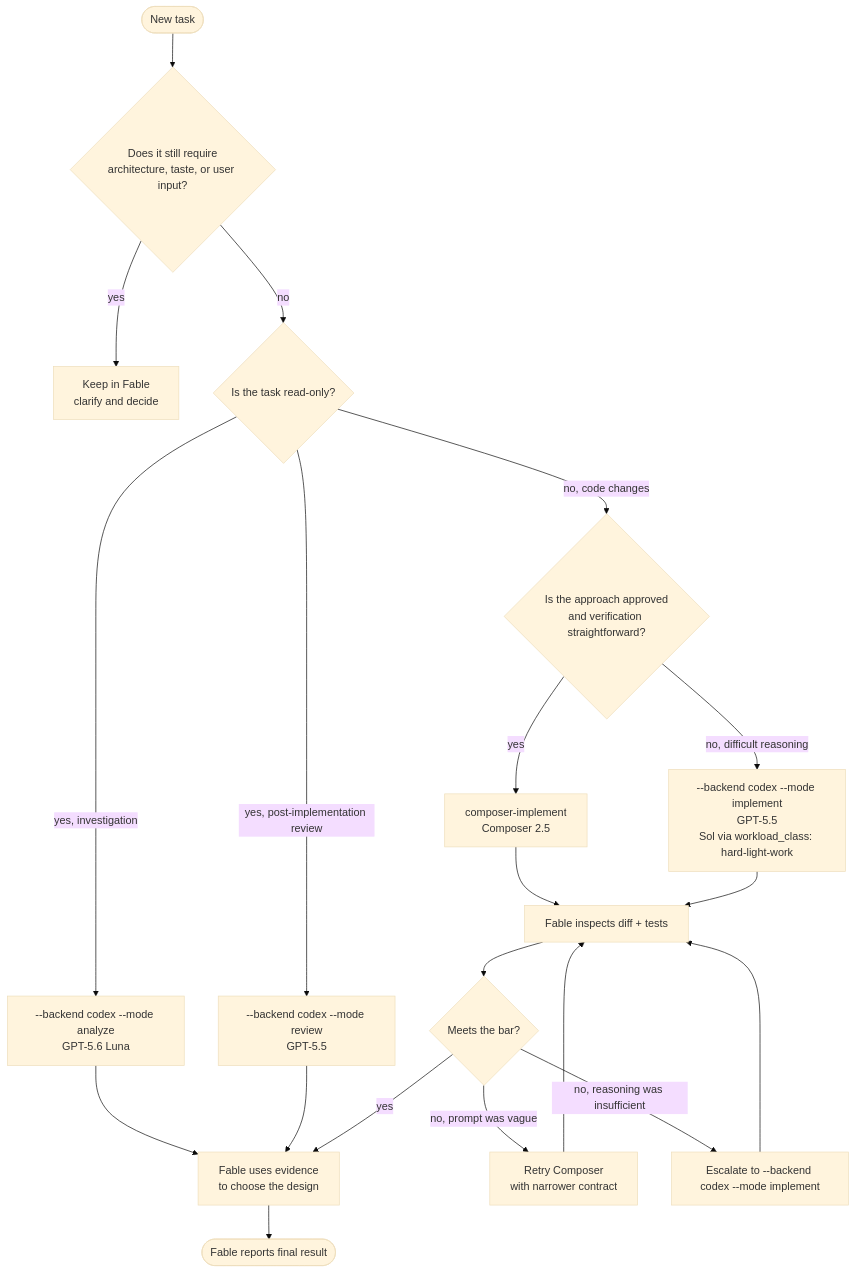
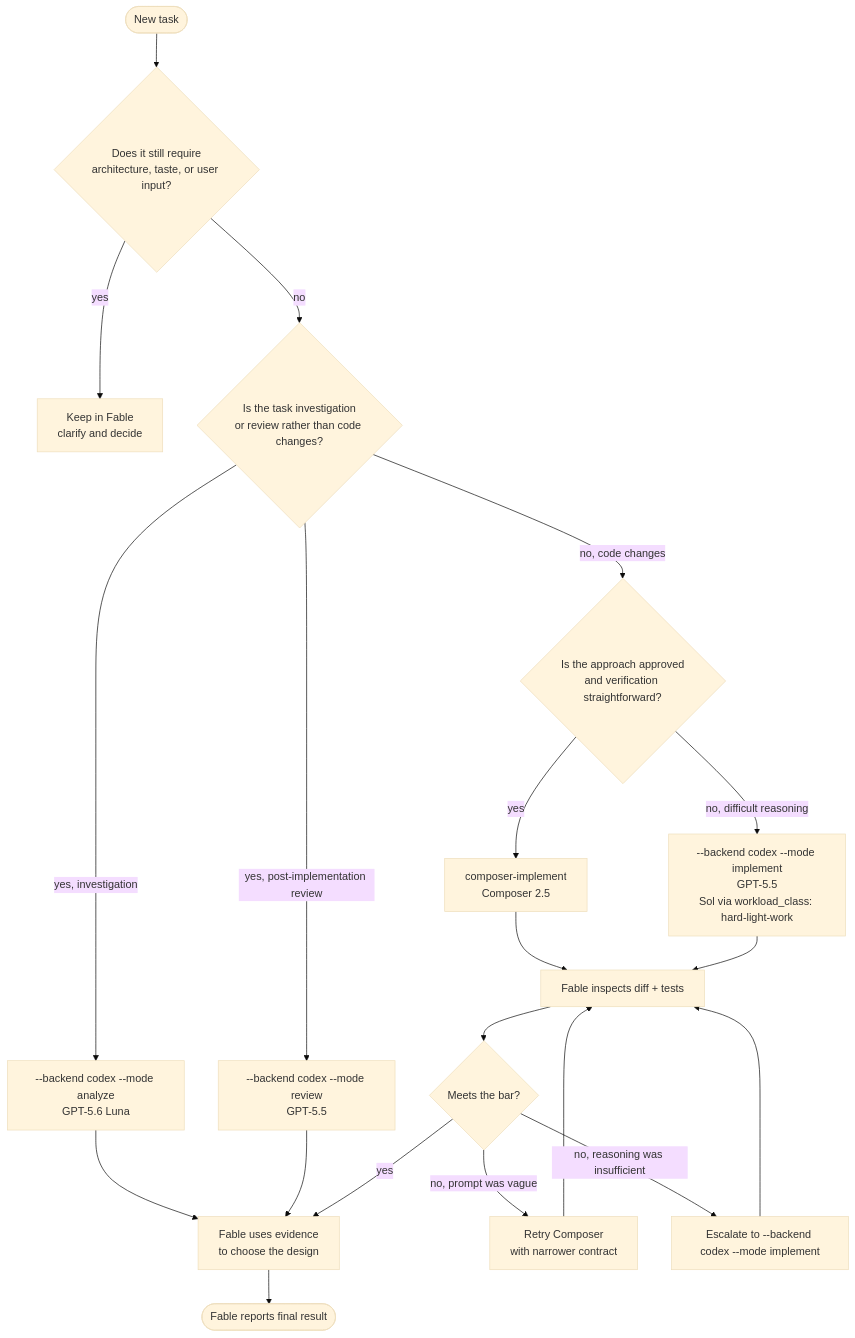
Before and after one commit to andysolomon/arc-orchestrator: the third of 4 diagrams in docs/diagrams/mermaid.md, drawn with Mermaid (base theme). The commit also changed other lines of this file and 57 other files, not shown here.

````diff
--- a/docs/diagrams/mermaid.md
+++ b/docs/diagrams/mermaid.md
@@ -70,26 +70,26 @@
 ```mermaid
 flowchart TD
     Start([New task]) --> Ambiguous{Does it still require<br/>architecture, taste, or user input?}
     Ambiguous -->|yes| Keep["Keep in Fable<br/>clarify and decide"]
-    Ambiguous -->|no| ReadOnly{Is the task read-only?}
+    Ambiguous -->|no| ReadOnly{Is the task investigation<br/>or review rather than code changes?}
 
     ReadOnly -->|yes, investigation| Explore["--backend codex --mode analyze<br/>GPT-5.6 Luna"]
     ReadOnly -->|yes, post-implementation review| Check["--backend codex --mode review<br/>GPT-5.5"]
     ReadOnly -->|no, code changes| Clear{Is the approach approved<br/>and verification straightforward?}
 
     Clear -->|yes| Composer["composer-implement<br/>Composer 2.5"]
     Clear -->|no, difficult reasoning| CodexImpl["--backend codex --mode implement<br/>GPT-5.5<br/>Sol via workload_class: hard-light-work"]
 
     Composer --> Inspect["Fable inspects diff + tests"]
     CodexImpl --> Inspect
     Explore --> Decide["Fable uses evidence<br/>to choose the design"]
     Check --> Decide
 
     Inspect --> Meets{Meets the bar?}
     Meets -->|yes| Decide
     Meets -->|no, prompt was vague| Retry["Retry Composer<br/>with narrower contract"]
     Meets -->|no, reasoning was insufficient| Escalate["Escalate to --backend codex --mode implement"]
     Retry --> Inspect
     Escalate --> Inspect
     Decide --> Final([Fable reports final result])
 ```
````
